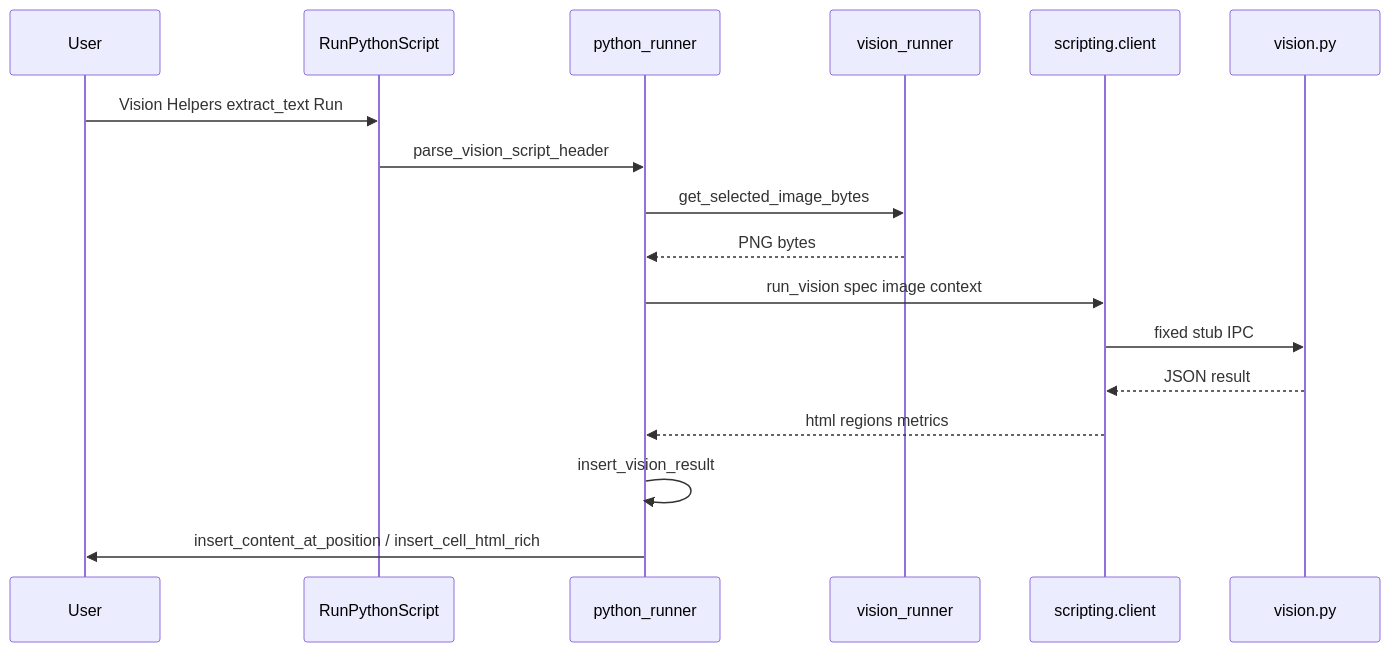
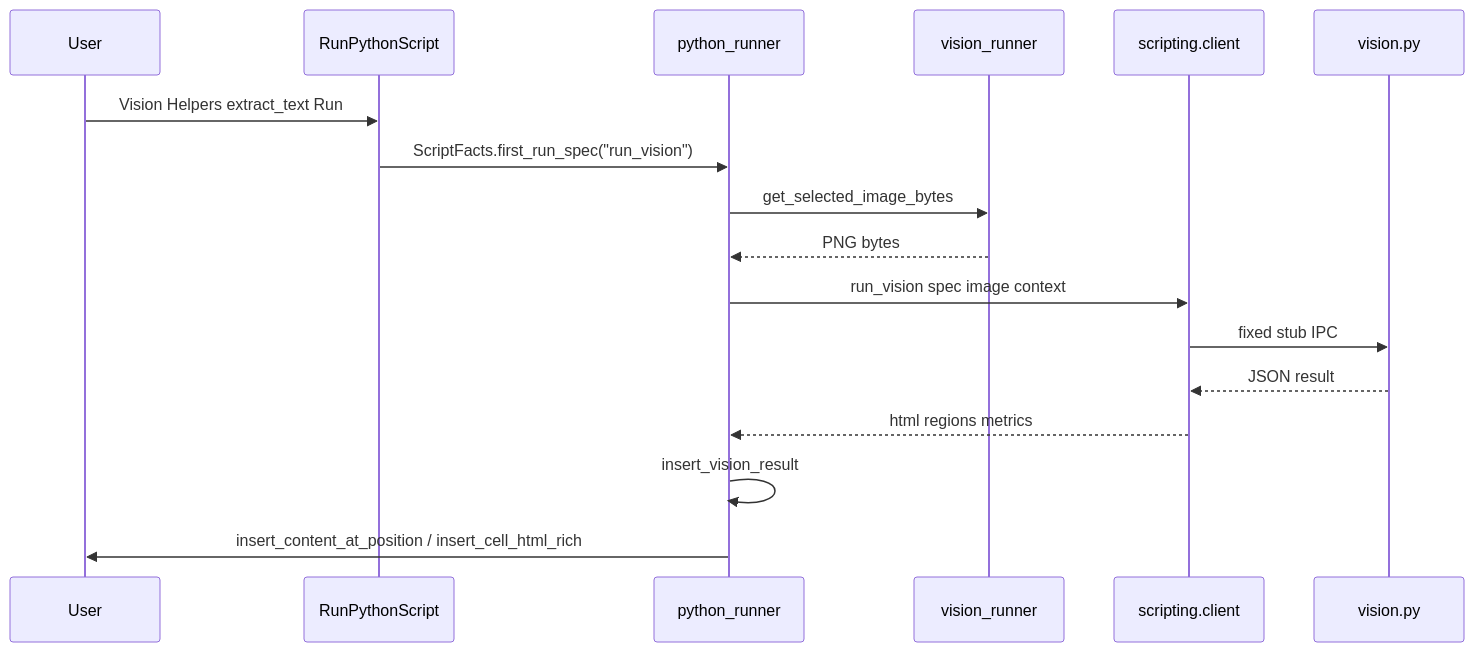
The first of 3 diagrams in docs/images/recognition.md (KeithCu/writeragent), drawn with Mermaid before and after one commit. The commit also changed other lines of this file and 35 other files, not shown here.

Commit message:
scripting: delete the unused script-header parser chain and the facade template round-trip

````diff
--- a/docs/images/recognition.md
+++ b/docs/images/recognition.md
@@ -217,20 +217,20 @@
 ```mermaid
 sequenceDiagram
   participant User
   participant RPS as RunPythonScript
   participant Host as python_runner
   participant Export as vision_runner
   participant VC as scripting.client
   participant Venv as vision.py
 
   User->>RPS: Vision Helpers extract_text Run
-  RPS->>Host: parse_vision_script_header
+  RPS->>Host: ScriptFacts.first_run_spec("run_vision")
   Host->>Export: get_selected_image_bytes
   Export-->>Host: PNG bytes
   Host->>VC: run_vision spec image context
   VC->>Venv: fixed stub IPC
   Venv-->>VC: JSON result
   VC-->>Host: html regions metrics
   Host->>Host: insert_vision_result
   Host->>User: insert_content_at_position / insert_cell_html_rich
 ```
````
